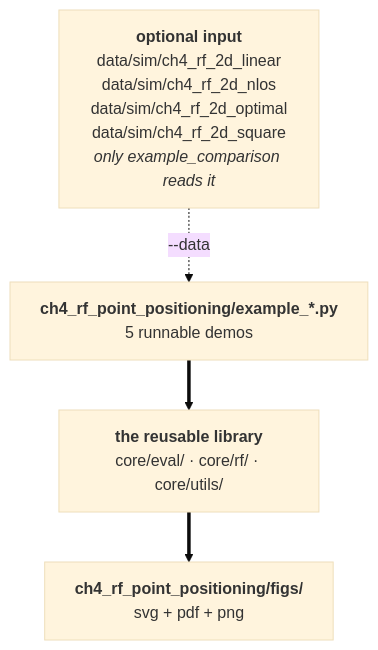
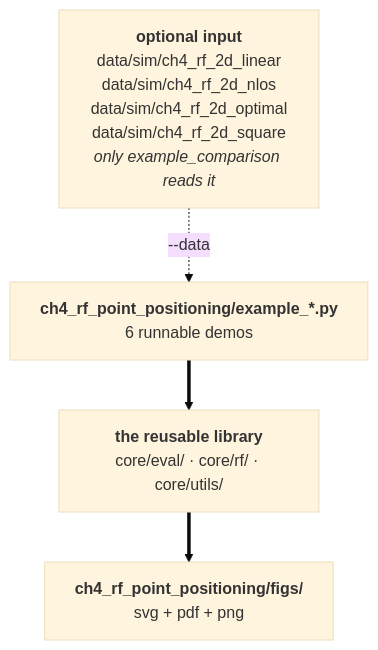
The diagram in ch4_rf_point_positioning/README.md (IPNL-POLYU/IPIN-Examples), drawn with Mermaid (base theme) before and after one commit. The commit also changed other lines of this file and 6 other files, not shown here.

````diff
--- a/ch4_rf_point_positioning/README.md
+++ b/ch4_rf_point_positioning/README.md
@@ -809,10 +852,10 @@
 ```mermaid
 flowchart TB
     D["<b>optional input</b><br/>data/sim/ch4_rf_2d_linear<br/>data/sim/ch4_rf_2d_nlos<br/>data/sim/ch4_rf_2d_optimal<br/>data/sim/ch4_rf_2d_square<br/><i>only example_comparison reads it</i>"]
-    E["<b>ch4_rf_point_positioning/example_*.py</b><br/>5 runnable demos"]
+    E["<b>ch4_rf_point_positioning/example_*.py</b><br/>6 runnable demos"]
     C["<b>the reusable library</b><br/>core/eval/ · core/rf/ · core/utils/"]
     F["<b>ch4_rf_point_positioning/figs/</b><br/>svg + pdf + png"]
     D -. "--data" .-> E
     E ==> C
     C ==> F
 ```
````
